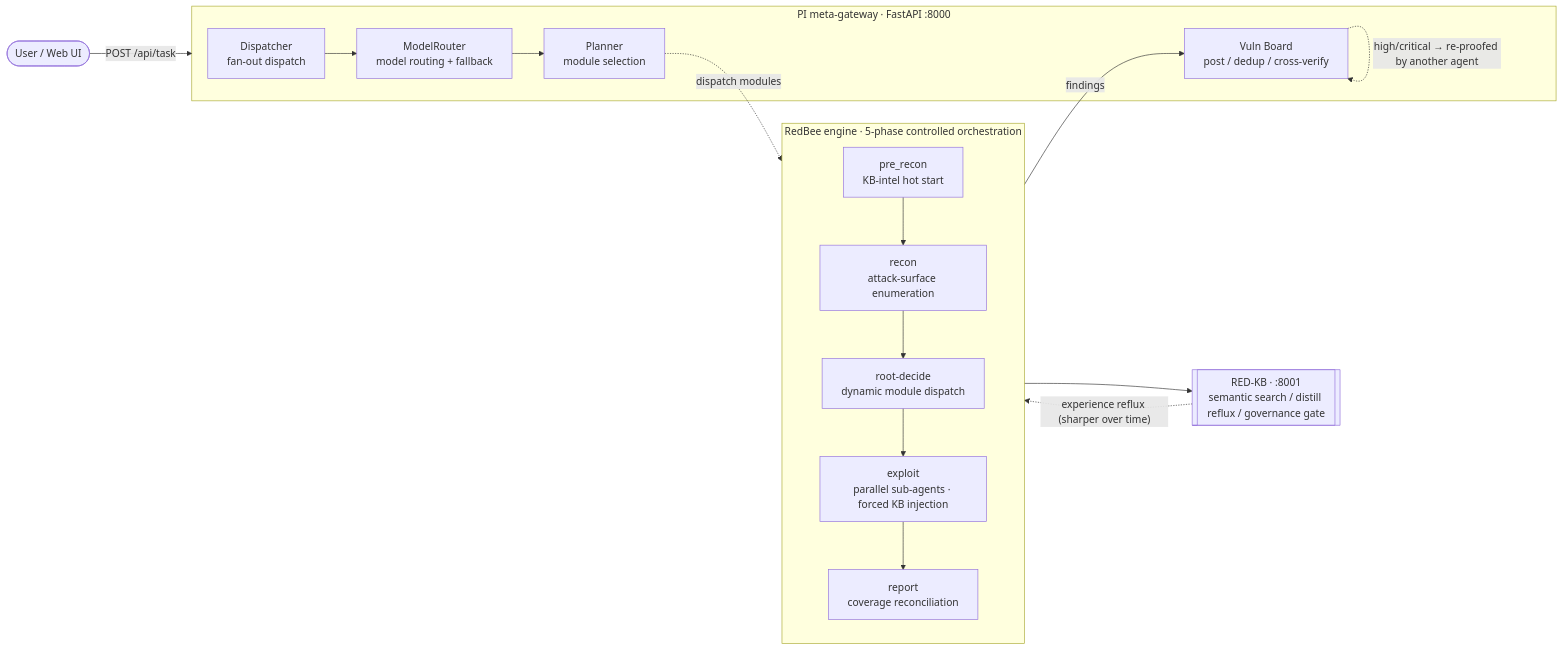
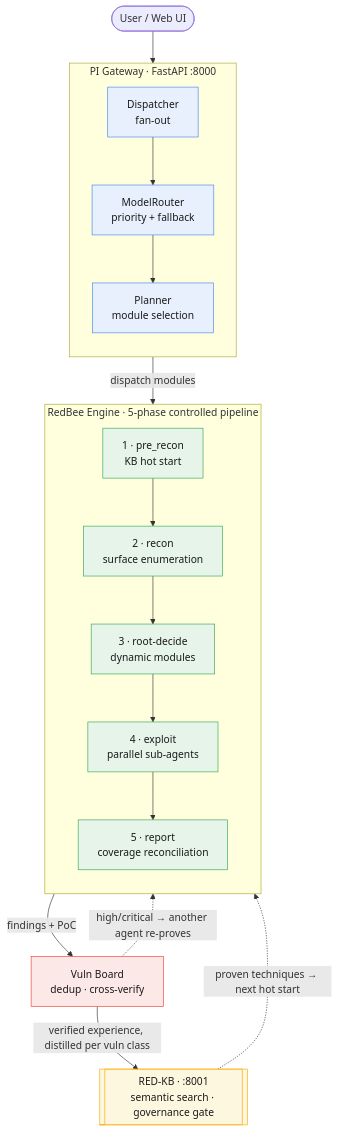
Before and after one commit to zxq092/RedBee: the diagram in README.md, drawn with Mermaid. The commit also changed 1 other file, not shown here.

Commit message:
docs: redesign architecture diagram
- TD pipeline layout (was LR blob): reads top-down, readable at GitHub width
- numbered phases 1-5, color-coded layers (gateway/engine/board/KB)
- vuln-board self-loop (ugly, often invisible) -> explicit board<->exploit
  re-proof edge
- KB now a true two-edge loop: findings distilled in, proven techniques
  fed back to pre_recon hot start (the 'gets sharper' story is now visible)

````diff
--- a/README.md
+++ b/README.md
@@ -14,28 +14,35 @@
 ```mermaid
-flowchart LR
-    U(["User / Web UI"]) -->|"POST /api/task"| PI
+flowchart TD
+    U(["User / Web UI"]) --> G
 
-    subgraph PI["PI meta-gateway · FastAPI :8000"]
-        DISP["Dispatcher<br/>fan-out dispatch"]
-        ROUT["ModelRouter<br/>model routing + fallback"]
-        PLAN["Planner<br/>module selection"]
-        BOARD["Vuln Board<br/>post / dedup / cross-verify"]
-        DISP --> ROUT --> PLAN
+    subgraph GW["PI Gateway · FastAPI :8000"]
+        direction TB
+        G["Dispatcher<br/>fan-out"] --> M["ModelRouter<br/>priority + fallback"]
+        M --> P["Planner<br/>module selection"]
     end
 
-    subgraph RB["RedBee engine · 5-phase controlled orchestration"]
+    P -->|"dispatch modules"| S1
+
+    subgraph ENG["RedBee Engine · 5-phase controlled pipeline"]
         direction TB
-        S1["pre_recon<br/>KB-intel hot start"] --> S2["recon<br/>attack-surface enumeration"]
-        S2 --> S3["root-decide<br/>dynamic module dispatch"]
-        S3 --> S4["exploit<br/>parallel sub-agents · forced KB injection"]
-        S4 --> S5["report<br/>coverage reconciliation"]
+        S1["1 · pre_recon<br/>KB hot start"] --> S2["2 · recon<br/>surface enumeration"]
+        S2 --> S3["3 · root-decide<br/>dynamic modules"]
+        S3 --> S4["4 · exploit<br/>parallel sub-agents"]
+        S4 --> S5["5 · report<br/>coverage reconciliation"]
     end
 
-    KB[["RED-KB · :8001<br/>semantic search / distill reflux / governance gate"]]
+    S4 -->|"findings + PoC"| B["Vuln Board<br/>dedup · cross-verify"]
+    B -.->|"high/critical → another agent re-proves"| S4
 
-    PLAN -. dispatch modules .-> RB
-    RB -->|findings| BOARD
-    BOARD -. "high/critical → re-proofed by another agent" .-> BOARD
-    RB --> KB
-    KB -. "experience reflux (sharper over time)" .-> S1
+    B -->|"verified experience, distilled per vuln class"| K[["RED-KB · :8001<br/>semantic search · governance gate"]]
+    K -.->|"proven techniques → next hot start"| S1
+
+    classDef gw fill:#e8f0fe,stroke:#4285f4,color:#1a1a1a
+    classDef eng fill:#e6f4ea,stroke:#34a853,color:#1a1a1a
+    classDef board fill:#fce8e6,stroke:#ea4335,color:#1a1a1a
+    classDef kb fill:#fef7e0,stroke:#f9ab00,color:#1a1a1a
+    class G,M,P gw
+    class S1,S2,S3,S4,S5 eng
+    class B board
+    class K kb
 ```
````
